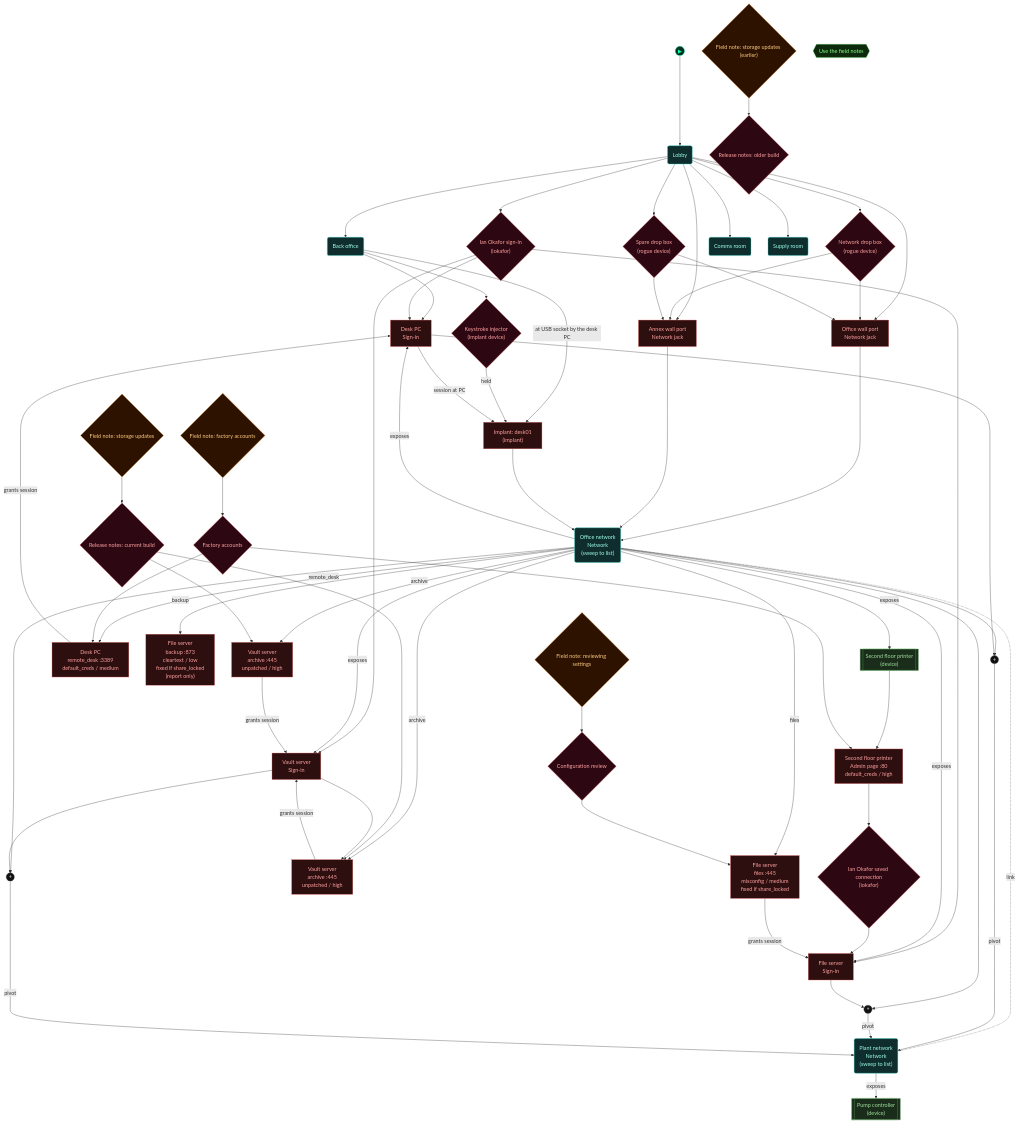
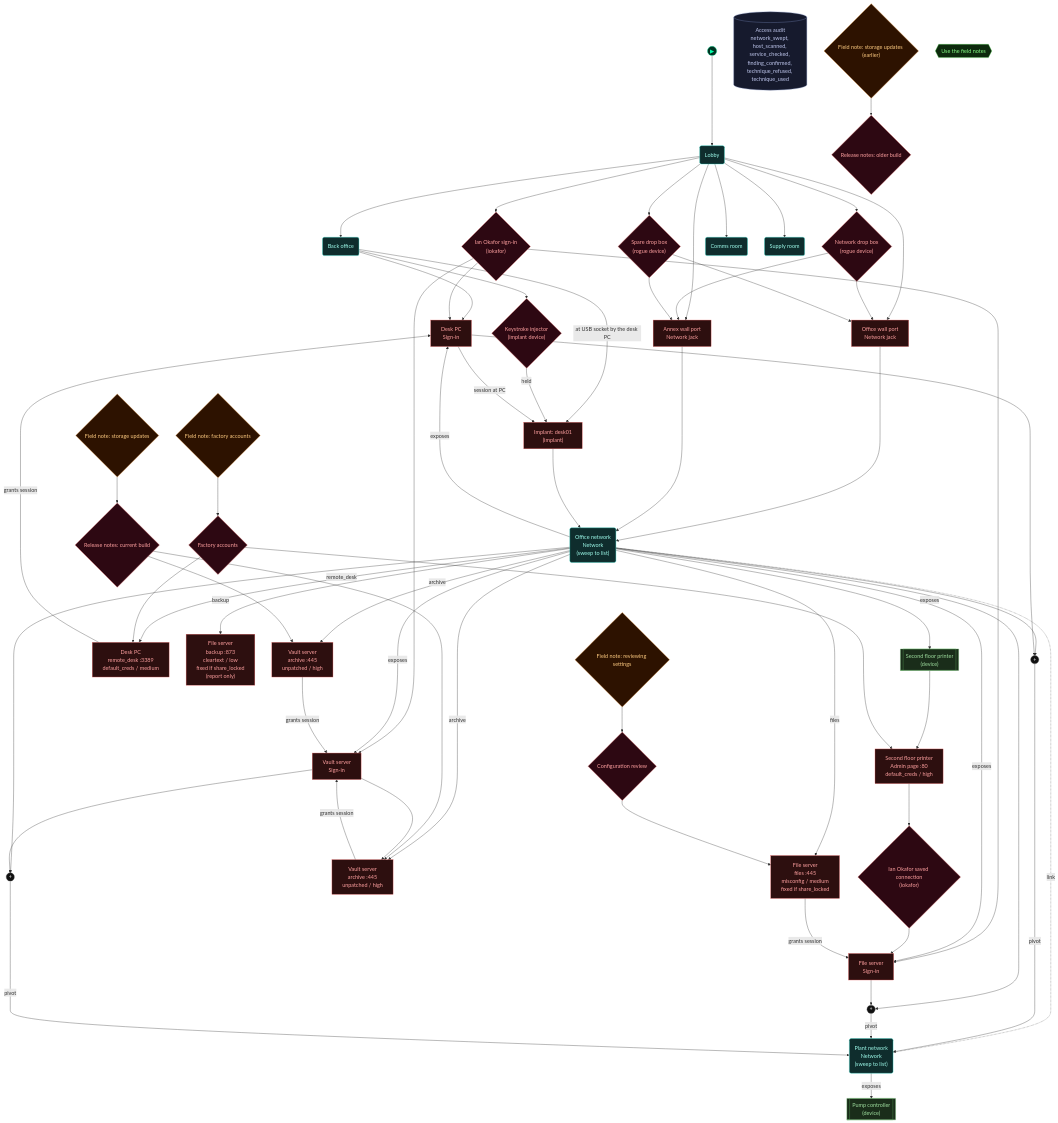
One commit to cliffe/BreakEscape changed the third of 5 diagrams in scenarios/test_ops_access/dungeon_graph.md. Above: the diagram before and after it, drawn with Mermaid. The commit also changed other lines of this file and 8 other files, not shown here.

Commit message:
Ops scenarios: regenerated graph files after the merge (their log sources now draw the log stream's note node)

```diff
--- a/scenarios/test_ops_access/dungeon_graph.md
+++ b/scenarios/test_ops_access/dungeon_graph.md
@@ -230,6 +233,7 @@
   classDef aim_gate  fill:#111111,stroke:#44cc44,color:#44cc44
   classDef container fill:#1a2d1a,stroke:#60b060,color:#a0e0a0
   classDef npc       fill:#2d1f0d,stroke:#d0a050,color:#ffe0a0
+  classDef note      fill:#161a2d,stroke:#7788bb,color:#c0c8ee
   classDef critical  fill:#2a1500,stroke:#ffaa00,color:#ffdd88
   classDef start     fill:#003322,stroke:#00ffaa,color:#00ffaa
 
@@ -263,6 +267,7 @@
   pivot_vault01((" + "))
   comms_room("Comms room")
   supply_room("Supply room")
+  log_access_audit[("Access audit<br/>network_swept, host_scanned, service_checked, finding_confirmed, technique_refused, technique_used")]
   cred_print_admin{"Ian Okafor saved connection<br/>(iokafor)"}
   tech_factory_accounts{"Factory accounts"}
   cred_src_card_factory{"Field note: factory accounts"}
@@ -340,6 +345,7 @@
   class lobby,net_office_lan,net_plant_lan,back_office,comms_room,supply_room room
   class host_printer01,host_pumpctl01 container
   class pivot_desk01,pivot_files01,pivot_vault01 gate
+  class log_access_audit note
   class cred_src_card_factory,cred_src_card_release,cred_src_card_older,cred_src_card_config item
   class aim_access_beats aim
   class node_start start
```
